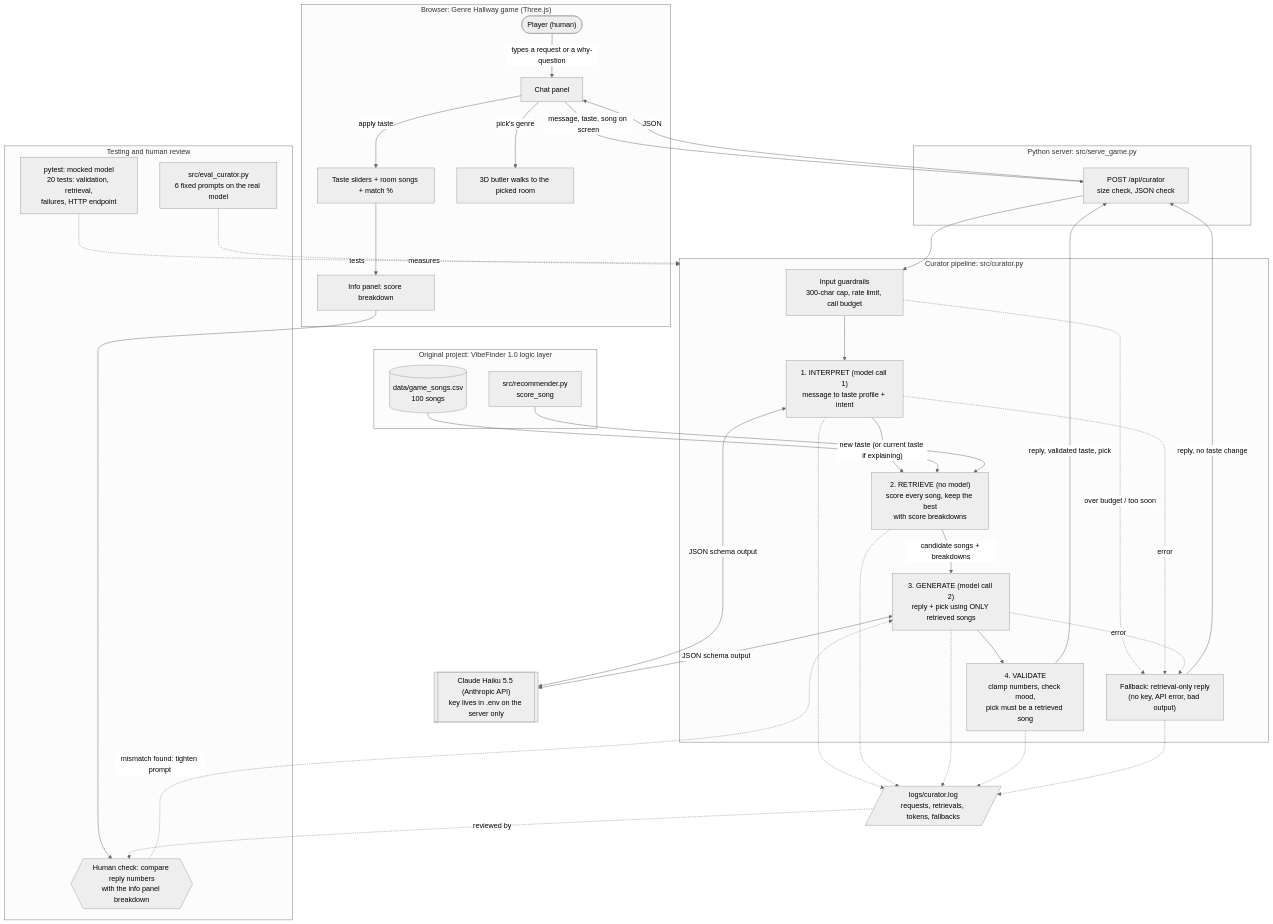
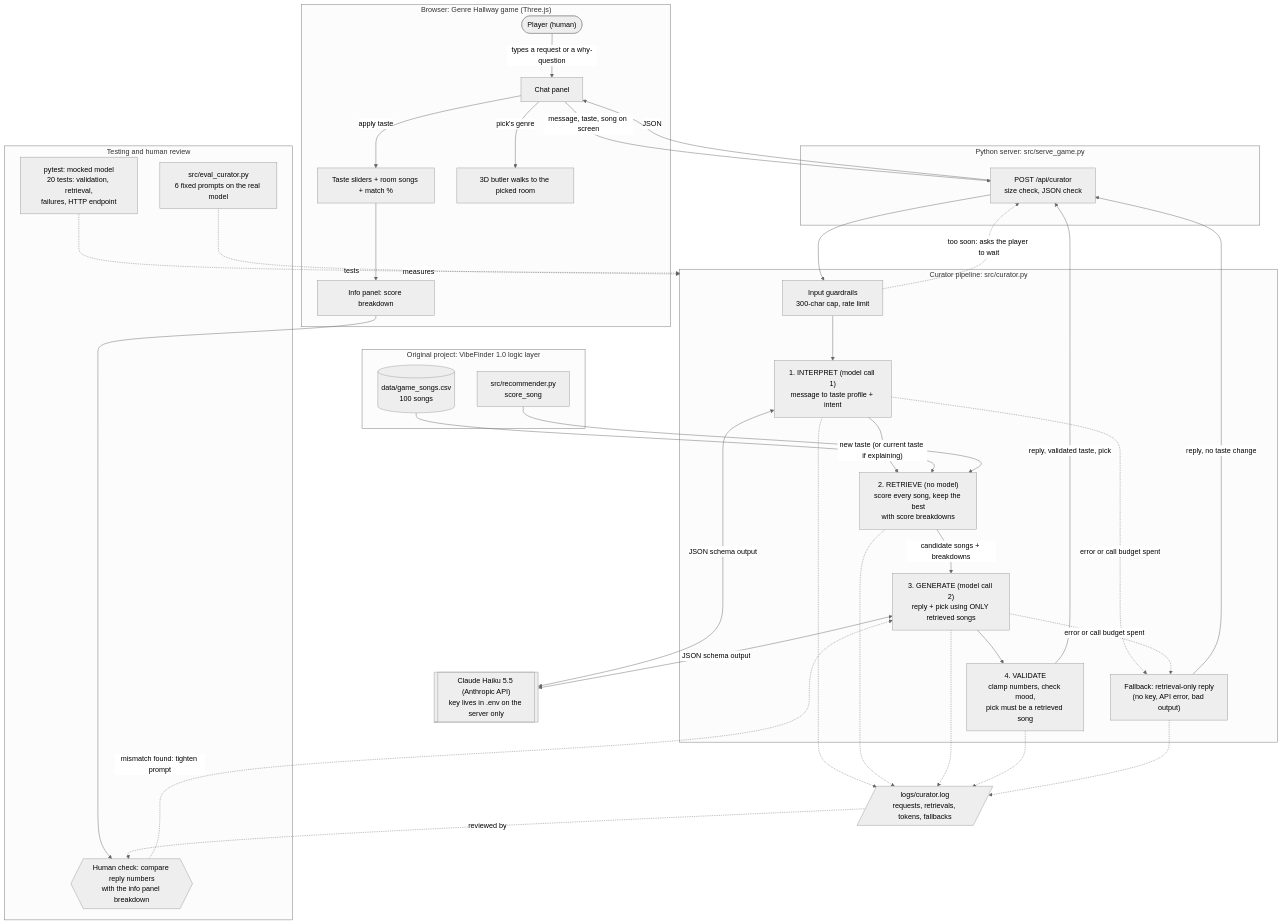
The diagram in diagrams/system_diagram.mmd (jemg-dev/applied-ai-system-project), drawn with Mermaid (neutral theme) before and after one commit. The commit also changed 2 other files, not shown here.

Commit message:
Make the system diagram match the code for the rate-limit and budget paths

```diff
--- a/diagrams/system_diagram.mmd
+++ b/diagrams/system_diagram.mmd
@@ -1,66 +1,66 @@
 flowchart TD
     subgraph Browser["Browser: Genre Hallway game (Three.js)"]
         USER(["Player (human)"])
         CHAT["Chat panel"]
         SLIDERS["Taste sliders + room songs + match %"]
         BUTLER["3D butler walks to the picked room"]
         INFO["Info panel: score breakdown"]
     end
 
     subgraph Server["Python server: src/serve_game.py"]
         API["POST /api/curator<br/>size check, JSON check"]
     end
 
     subgraph Curator["Curator pipeline: src/curator.py"]
-        GUARD["Input guardrails<br/>300-char cap, rate limit, call budget"]
+        GUARD["Input guardrails<br/>300-char cap, rate limit"]
         INTERP["1. INTERPRET (model call 1)<br/>message to taste profile + intent"]
         RETR["2. RETRIEVE (no model)<br/>score every song, keep the best<br/>with score breakdowns"]
         GEN["3. GENERATE (model call 2)<br/>reply + pick using ONLY retrieved songs"]
         VALID["4. VALIDATE<br/>clamp numbers, check mood,<br/>pick must be a retrieved song"]
         FALLBACK["Fallback: retrieval-only reply<br/>(no key, API error, bad output)"]
     end
 
     subgraph Data["Original project: VibeFinder 1.0 logic layer"]
         CSV[("data/game_songs.csv<br/>100 songs")]
         SCORE["src/recommender.py<br/>score_song"]
     end
 
     LLM[["Claude Haiku 5.5 (Anthropic API)<br/>key lives in .env on the server only"]]
     LOG[/"logs/curator.log<br/>requests, retrievals, tokens, fallbacks"/]
 
     subgraph Checks["Testing and human review"]
         PYTEST["pytest: mocked model<br/>20 tests: validation, retrieval,<br/>failures, HTTP endpoint"]
         EVAL["src/eval_curator.py<br/>6 fixed prompts on the real model"]
         HUMAN{{"Human check: compare reply numbers<br/>with the info panel breakdown"}}
     end
 
     USER -->|"types a request or a why-question"| CHAT
     CHAT -->|"message, taste, song on screen"| API
     API --> GUARD
     GUARD --> INTERP
     INTERP <-->|"JSON schema output"| LLM
     INTERP -->|"new taste (or current taste if explaining)"| RETR
     CSV --> RETR
     SCORE --> RETR
     RETR -->|"candidate songs + breakdowns"| GEN
     GEN <-->|"JSON schema output"| LLM
     GEN --> VALID
-    GUARD -.->|"over budget / too soon"| FALLBACK
-    INTERP -.->|"error"| FALLBACK
-    GEN -.->|"error"| FALLBACK
+    GUARD -.->|"too soon: asks the player to wait"| API
+    INTERP -.->|"error or call budget spent"| FALLBACK
+    GEN -.->|"error or call budget spent"| FALLBACK
     VALID -->|"reply, validated taste, pick"| API
     FALLBACK -->|"reply, no taste change"| API
     API -->|"JSON"| CHAT
     CHAT -->|"apply taste"| SLIDERS
     CHAT -->|"pick's genre"| BUTLER
     SLIDERS --> INFO
     INFO --> HUMAN
     HUMAN -.->|"mismatch found: tighten prompt"| GEN
     INTERP -.-> LOG
     RETR -.-> LOG
     GEN -.-> LOG
     VALID -.-> LOG
     FALLBACK -.-> LOG
     PYTEST -.->|"tests"| Curator
     EVAL -.->|"measures"| Curator
     LOG -.->|"reviewed by"| HUMAN
```
